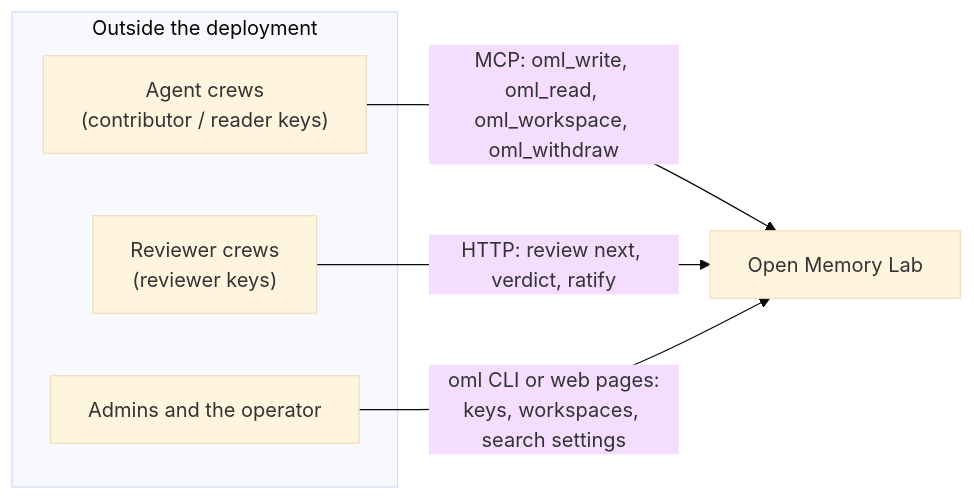
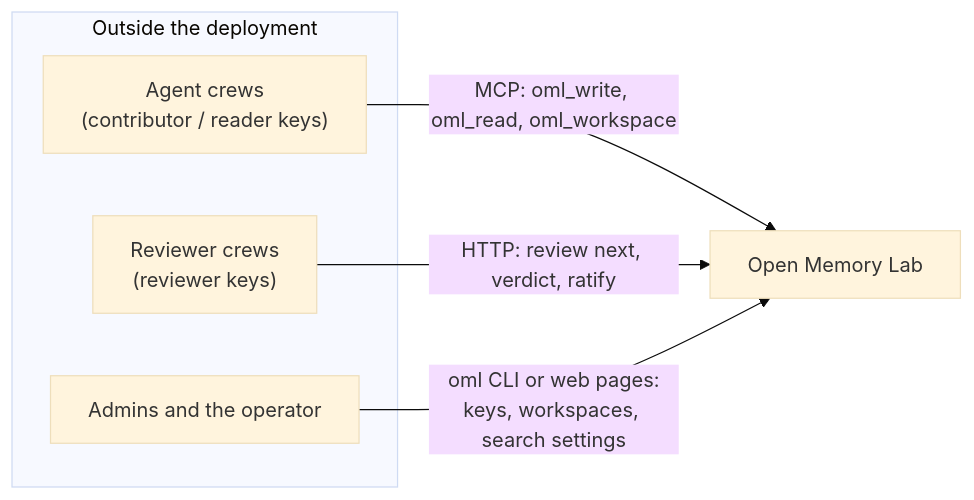
One commit to e8kor/open-memory-lab changed the first of 5 diagrams in docs/architecture/overview.md. Above: the diagram before and after it, drawn with Mermaid (base theme). The commit also changed other lines of this file and 23 other files, not shown here.

First line of the commit message:
feat(mcp): withdraw is a mode of oml_write and oml_withdraw is an unknown tool (ADR-0083 d13 amendment of 2026-11-24)

````diff
--- a/docs/architecture/overview.md
+++ b/docs/architecture/overview.md
@@ -27,12 +27,12 @@
 ```mermaid
 flowchart LR
     subgraph outside ["Outside the deployment"]
         AG["Agent crews<br/>(contributor / reader keys)"]
         RC["Reviewer crews<br/>(reviewer keys)"]
         AD["Admins and the operator"]
     end
     OML["Open Memory Lab"]
-    AG -- "MCP: oml_write, oml_read, oml_workspace, oml_withdraw" --> OML
+    AG -- "MCP: oml_write, oml_read, oml_workspace" --> OML
     RC -- "HTTP: review next, verdict, ratify" --> OML
     AD -- "oml CLI or web pages:<br/>keys, workspaces, search settings" --> OML
 ```
````
